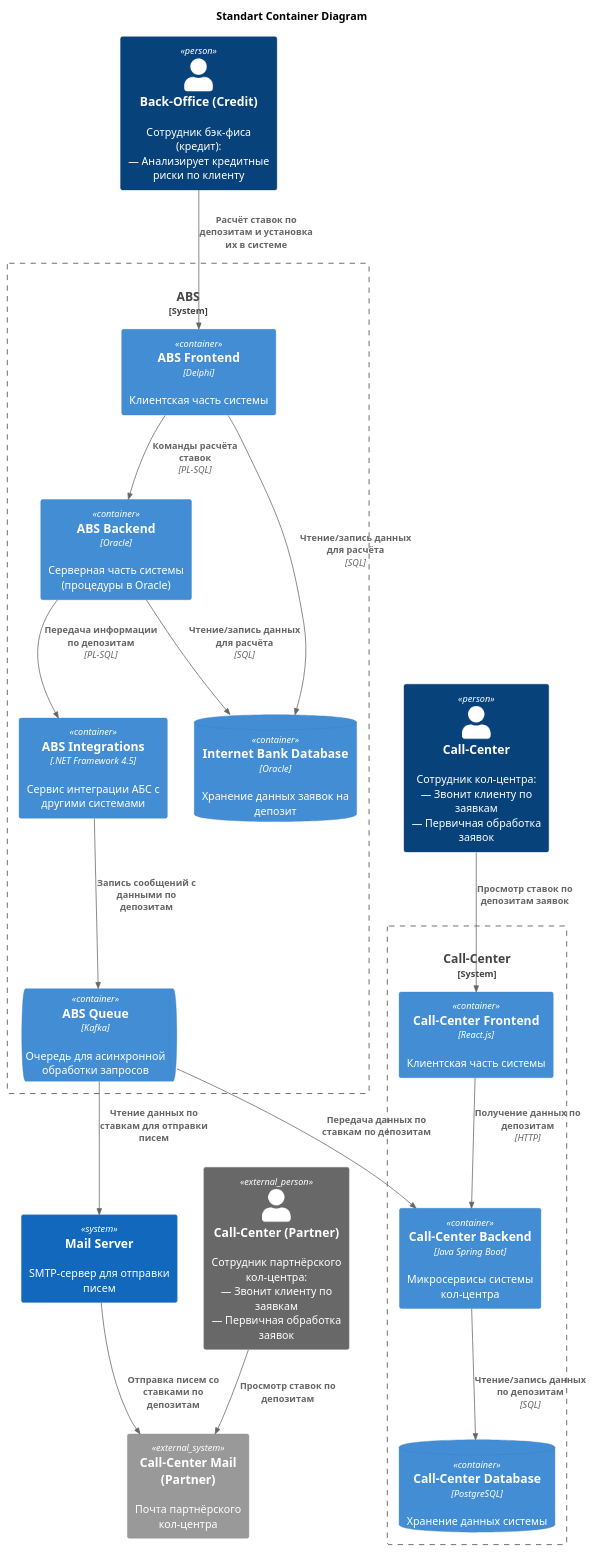
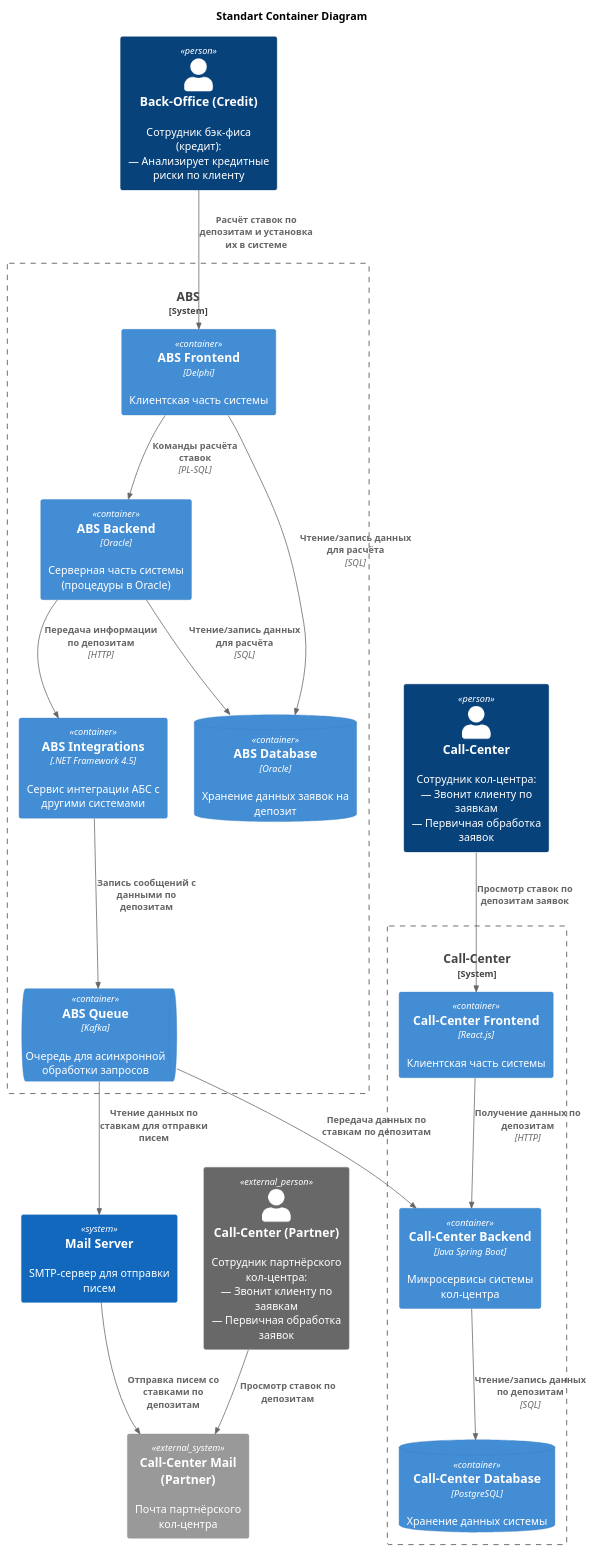
Before and after one commit to oreshkanet/ya-architecture-pro-standart: the diagram in Task4/Container.puml, drawn with PlantUML. The commit also changed 7 other files, not shown here.

```diff
--- a/Task4/Container.puml
+++ b/Task4/Container.puml
@@ -1,47 +1,47 @@
 @startuml Standart_Context
 title Standart Container Diagram
 
 !include ../c4/C4_Container.puml
 
 ' ПОЛЬЗОВАТЕЛИ
 Person_Ext(CallCenterParnerUser, "Call-Center (Partner)", "Сотрудник партнёрского кол-центра:\n— Звонит клиенту по заявкам\n— Первичная обработка заявок")
 Person(CallCenterUser, "Call-Center", "Сотрудник кол-центра:\n— Звонит клиенту по заявкам\n— Первичная обработка заявок")
 Person(BackOfficeCreditUser, "Back-Office (Credit)", "Сотрудник бэк-фиса (кредит):\n— Анализирует кредитные риски по клиенту")
 
 ' ВНЕШНИЕ СИСТЕМЫ
 System_Ext(CallCenterPartnerSystem, "Call-Center Mail (Partner)", "Почта партнёрского кол-центра")
 
 ' ВНУТРЕННИЕ СИСТЕМЫ
 System_Boundary(CallCenterSystem, "Call-Center", "Система кол-центра") {
     Container(CallCenterFrontend, "Call-Center Frontend", "React.js", "Клиентская часть системы")
     Container(CallCenterBackend, "Call-Center Backend", "Java Spring Boot", "Микросервисы системы кол-центра")
     ContainerDb(CallCenterDatabase, "Call-Center Database", "PostgreSQL", "Хранение данных системы")
     
     Rel(CallCenterFrontend, CallCenterBackend, "Получение данных по депозитам", "HTTP")  
     Rel(CallCenterBackend, CallCenterDatabase, "Чтение/запись данных по депозитам", "SQL")     
 }
 System_Boundary(ABSSystem, "ABS", "Система АБС") {
     Container(ABSFrontend, "ABS Frontend", "Delphi", "Клиентская часть системы")
     Container(ABSIntegrations, "ABS Integrations", ".NET Framework 4.5", "Сервис интеграции АБС с другими системами")
     Container(ABSBackend, "ABS Backend", "Oracle", "Серверная часть системы (процедуры в Oracle)")
-    ContainerDb(ABSDatabase, "Internet Bank Database", "Oracle", "Хранение данных заявок на депозит")
+    ContainerDb(ABSDatabase, "ABS Database", "Oracle", "Хранение данных заявок на депозит")
     ContainerQueue(ABSQueue, "ABS Queue", "Kafka", "Очередь для асинхронной обработки запросов")
     
     Rel(ABSFrontend, ABSBackend, "Команды расчёта ставок", "PL-SQL")  
-    Rel(ABSBackend, ABSIntegrations, "Передача информации по депозитам", "PL-SQL")  
+    Rel(ABSBackend, ABSIntegrations, "Передача информации по депозитам", "HTTP")  
     Rel(ABSIntegrations, ABSQueue, "Запись сообщений с данными по депозитам", "")  
     Rel(ABSFrontend, ABSDatabase, "Чтение/запись данных для расчёта", "SQL") 
     Rel(ABSBackend, ABSDatabase, "Чтение/запись данных для расчёта", "SQL")     
 }
 System(MailSystem, "Mail Server", "SMTP-сервер для отправки писем")
 
 ' ВЗАИМОДЕЙСТВИЯ
 Rel(MailSystem, CallCenterPartnerSystem, "Отправка писем со ставками по депозитам")
 Rel(CallCenterParnerUser, CallCenterPartnerSystem, "Просмотр ставок по депозитам")
 Rel(CallCenterUser, CallCenterFrontend, "Просмотр ставок по депозитам заявок")
 Rel(BackOfficeCreditUser, ABSFrontend, "Расчёт ставок по депозитам и установка их в системе")
 
 Rel(ABSQueue, CallCenterBackend, "Передача данных по ставкам по депозитам")
 Rel(ABSQueue, MailSystem, "Чтение данных по ставкам для отправки писем")
 
 @enduml
```
